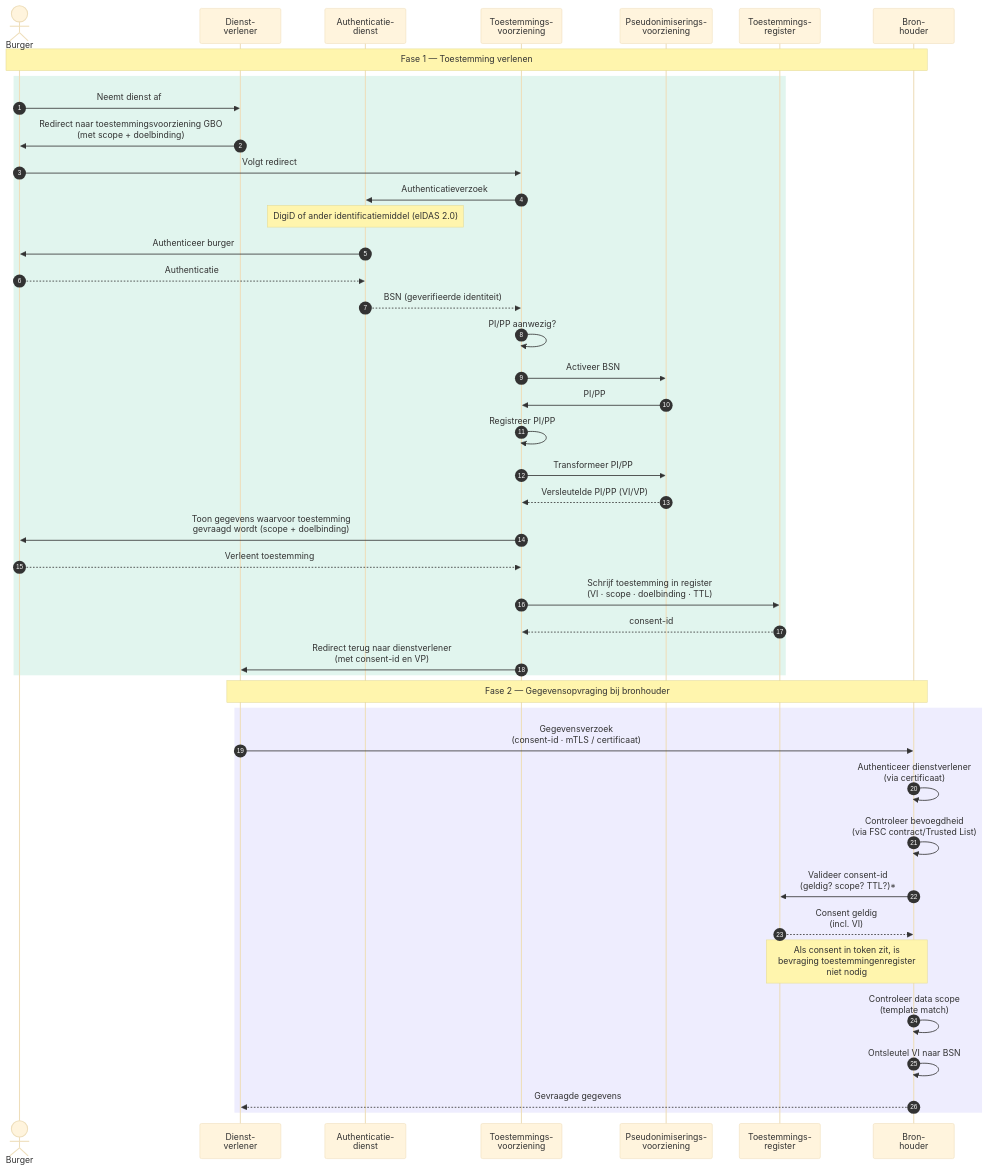
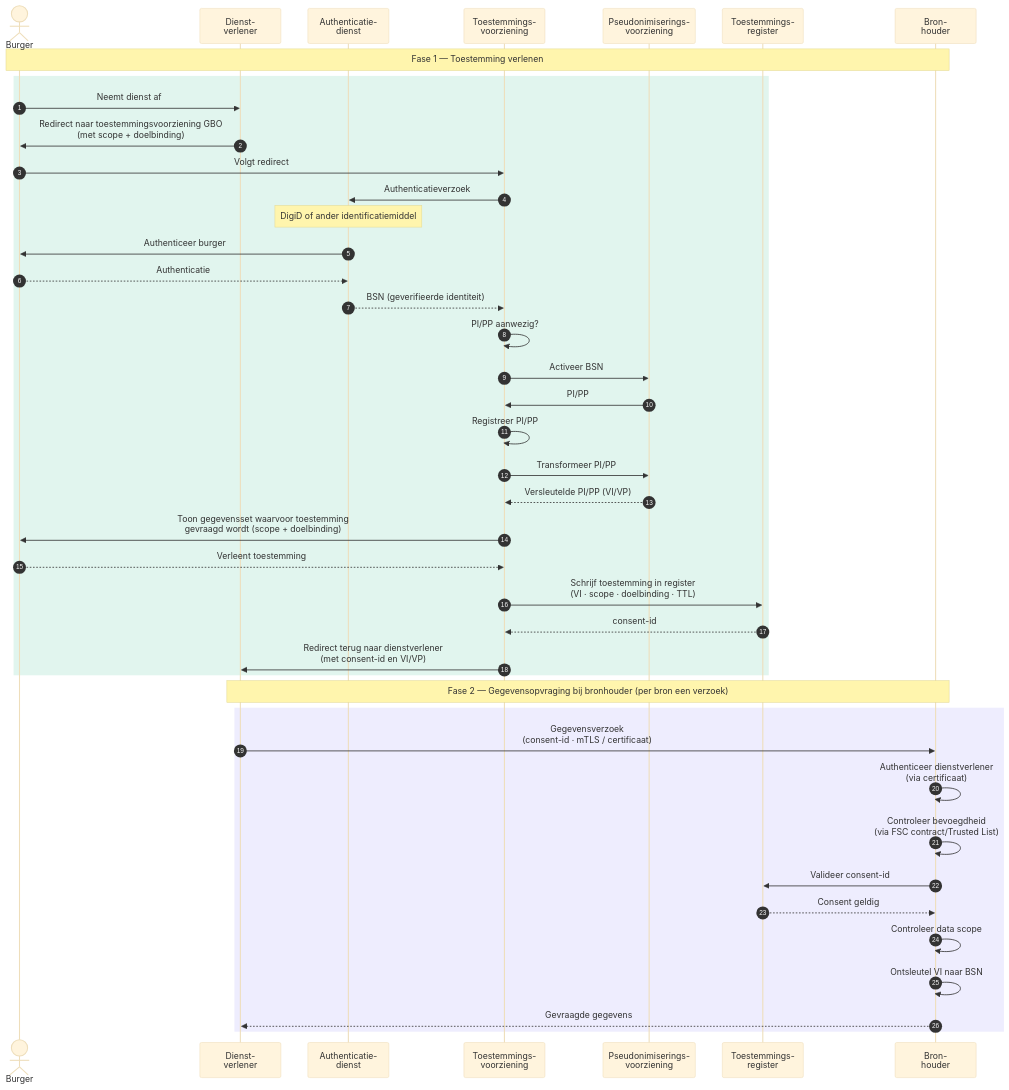
One commit to ICTU/GBO-GO changed the diagram in main/diagrammen/interactiepatroon-PP-haalt-gegevens-op.mmd. Above: the diagram before and after it, drawn with Mermaid (base theme). The commit also changed 6 other files, not shown here.

```diff
--- a/main/diagrammen/interactiepatroon-PP-haalt-gegevens-op.mmd
+++ b/main/diagrammen/interactiepatroon-PP-haalt-gegevens-op.mmd
@@ -1,47 +1,46 @@
 sequenceDiagram
     autonumber
     actor Burger
     participant DV as Dienst-<br/>verlener
     participant Auth as Authenticatie-<br/>dienst
     participant TV as Toestemmings-<br/>voorziening
     participant PP as Pseudonimiserings-<br/>voorziening
     participant TR as Toestemmings-<br/>register
     participant BRH as Bron-<br/>houder
 
     Note over Burger,BRH: Fase 1 — Toestemming verlenen
 
     rect rgb(225, 245, 238)
         Burger->>DV: Neemt dienst af
         DV->>Burger: Redirect naar toestemmingsvoorziening GBO<br/>(met scope + doelbinding)
         Burger->>TV: Volgt redirect
         TV->>Auth: Authenticatieverzoek
-        Note over Auth: DigiD of ander identificatiemiddel (eIDAS 2.0)
+        Note over Auth: DigiD of ander identificatiemiddel
         Auth->>Burger: Authenticeer burger
         Burger-->>Auth: Authenticatie
         Auth-->>TV: BSN (geverifieerde identiteit)
         TV->>TV: PI/PP aanwezig?
         TV->>PP: Activeer BSN
         PP->>TV: PI/PP
         TV->>TV: Registreer PI/PP
         TV->>PP: Transformeer PI/PP
         PP-->>TV: Versleutelde PI/PP (VI/VP)
-        TV->>Burger: Toon gegevens waarvoor toestemming<br/>gevraagd wordt (scope + doelbinding)
+        TV->>Burger: Toon gegevensset waarvoor toestemming<br/>gevraagd wordt (scope + doelbinding)
         Burger-->>TV: Verleent toestemming
         TV->>TR: Schrijf toestemming in register<br/>(VI · scope · doelbinding · TTL)
         TR-->>TV: consent-id
-        TV->>DV: Redirect terug naar dienstverlener<br/>(met consent-id en VP)
+        TV->>DV: Redirect terug naar dienstverlener<br/>(met consent-id en VI/VP)
     end
 
-    Note over DV,BRH: Fase 2 — Gegevensopvraging bij bronhouder
+    Note over DV,BRH: Fase 2 — Gegevensopvraging bij bronhouder (per bron een verzoek)
 
     rect rgb(238, 237, 254)
         DV->>BRH: Gegevensverzoek<br/>(consent-id · mTLS / certificaat)
         BRH->>BRH: Authenticeer dienstverlener<br />(via certificaat)
         BRH->>BRH: Controleer bevoegdheid<br />(via FSC contract/Trusted List)
-        BRH->>TR: Valideer consent-id<br/>(geldig? scope? TTL?)*
-        TR-->>BRH: Consent geldig<br />(incl. VI)
-        Note over TR, BRH: Als consent in token zit, is<br/>bevraging toestemmingenregister<br />niet nodig
-        BRH->>BRH: Controleer data scope<br />(template match)
+        BRH->>TR: Valideer consent-id
+        TR-->>BRH: Consent geldig
+        BRH->>BRH: Controleer data scope
         BRH->>BRH: Ontsleutel VI naar BSN
         BRH-->>DV: Gevraagde gegevens
     end
```
